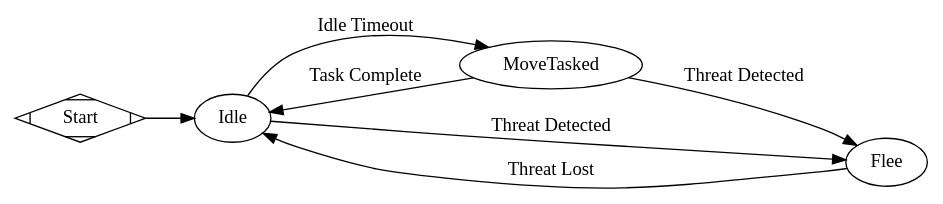
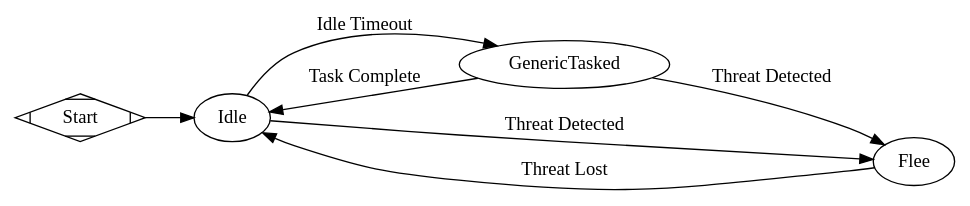
Before and after one commit to CluckeyMcCormick/fictional-guacamole: the diagram in scripts/GraphViz/TCM.flow.state.GR.dot, drawn with Graphviz. The commit also changed 16 other files, not shown here.

```diff
--- a/scripts/GraphViz/TCM.flow.state.GR.dot
+++ b/scripts/GraphViz/TCM.flow.state.GR.dot
@@ -1,36 +1,36 @@
 // TCM - the Tasking Coward Machine
 // State Control Flow - Goal Region - Graphviz Dot
 // Directed Graph
 digraph G {
     rankdir=LR; // Left to Right, instead of Top to Bottom
     nodesep=.55; // Ensure nodes are separated by at least .55... units?
     overlap=false; // Nodes are not allowed to overlap.
     compound=true; // Allow edges between clusters
 
     // Declare our nodes ahead of time
     GR_IDLE [label = "Idle"];
-    GR_TASKED [label = "MoveTasked"];
+    GR_TASKED [label = "GenericTasked"];
     GR_FLEE [label = "Flee"];
 
     // Idle to Wander Edge
     edge [label = "Idle Timeout"];
     GR_IDLE -> GR_TASKED;
     // Wander to Idle Edge
     edge [label = "Task Complete"];
     GR_TASKED -> GR_IDLE;
     // to Flee Edges
     edge [label = "Threat Detected"];
     GR_IDLE -> GR_FLEE;
     GR_TASKED -> GR_FLEE;
     // Flee to Idle
     edge [label = "Threat Lost"];
     GR_FLEE -> GR_IDLE;
     
     // Clear the edge label
     edge [label = ""];
     
     // We start at start!
     Start [shape=Mdiamond];
     // Start goes idle!
     Start -> GR_IDLE;
 }
```
